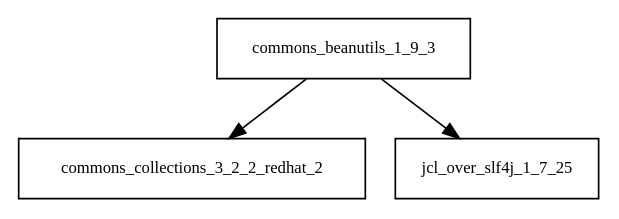
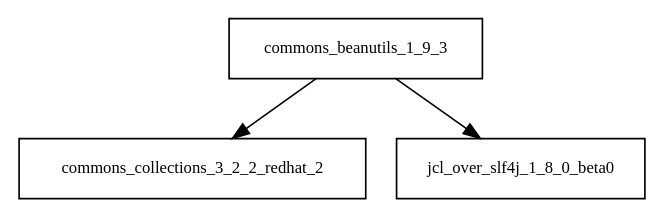
Before and after one commit to AglaianWoman/cia: the diagram in tattleTaleReport/graphviz/commons-beanutils-1.9.3.jar/commons-beanutils-1.9.3.jar.dot, drawn with Graphviz. The commit also changed 3162 other files, not shown here.

```diff
--- a/tattleTaleReport/graphviz/commons-beanutils-1.9.3.jar/commons-beanutils-1.9.3.jar.dot
+++ b/tattleTaleReport/graphviz/commons-beanutils-1.9.3.jar/commons-beanutils-1.9.3.jar.dot
@@ -1,5 +1,5 @@
 digraph commons_beanutils_1_9_3_dependencies {
   node [shape = box, fontsize=10.0];
   commons_beanutils_1_9_3 -> commons_collections_3_2_2_redhat_2;
-  commons_beanutils_1_9_3 -> jcl_over_slf4j_1_7_25;
+  commons_beanutils_1_9_3 -> jcl_over_slf4j_1_8_0_beta0;
 }
```
